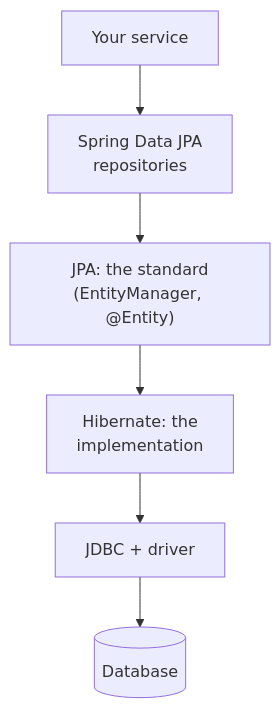
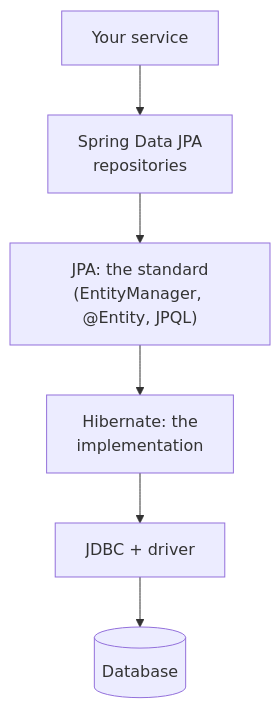
Before and after one commit to shubamchaudhary/CodeNITW: the first of 20 diagrams in src/Data/coreStackDocs/SPRING-04.md, drawn with Mermaid. The commit also changed other lines of this file, not shown here.

````diff
--- a/src/Data/coreStackDocs/SPRING-04.md
+++ b/src/Data/coreStackDocs/SPRING-04.md
@@ -7,8 +7,8 @@
 ```mermaid
 flowchart TB
     S["Your service"] --> SD["Spring Data JPA<br/>repositories"]
-    SD --> JPA["JPA: the standard<br/>(EntityManager, @Entity)"]
+    SD --> JPA["JPA: the standard<br/>(EntityManager, @Entity, JPQL)"]
     JPA --> H["Hibernate: the<br/>implementation"]
     H --> J["JDBC + driver"]
     J --> DB[("Database")]
 ```
````
